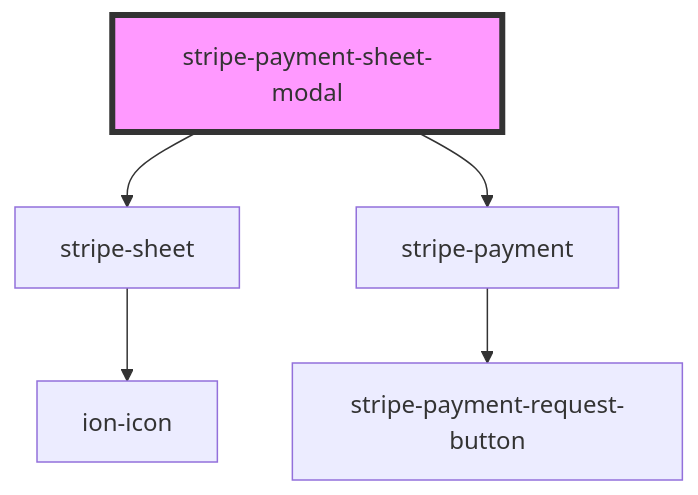
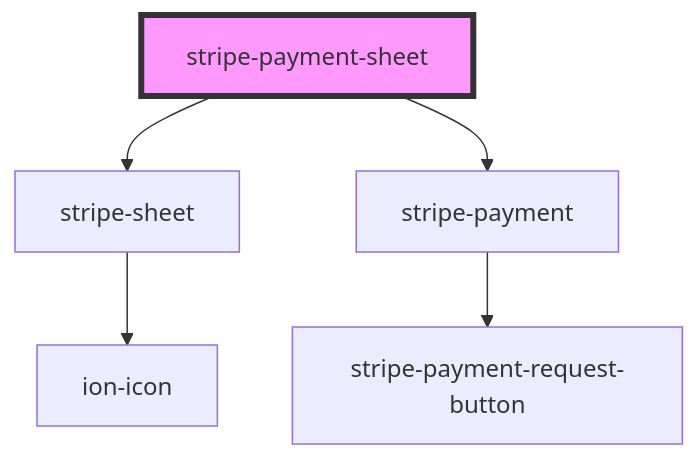
One commit to wpkyoto/stripe-pwa-elements changed the diagram in src/components/stripe-payment-sheet-modal/readme.md. Above: the diagram before and after it, drawn with Mermaid. The commit also changed 7 other files, not shown here.

Commit message:
breaking-change: rename from stripe-payment-sheet-modal to stripe-payment-sheet

````diff
--- a/src/components/stripe-payment-sheet-modal/readme.md
+++ b/src/components/stripe-payment-sheet-modal/readme.md
@@ -91,8 +91,8 @@
 ```mermaid
 graph TD;
-  stripe-payment-sheet-modal --> stripe-sheet
-  stripe-payment-sheet-modal --> stripe-payment
+  stripe-payment-sheet --> stripe-sheet
+  stripe-payment-sheet --> stripe-payment
   stripe-sheet --> ion-icon
   stripe-payment --> stripe-payment-request-button
-  style stripe-payment-sheet-modal fill:#f9f,stroke:#333,stroke-width:4px
+  style stripe-payment-sheet fill:#f9f,stroke:#333,stroke-width:4px
 ```
````
